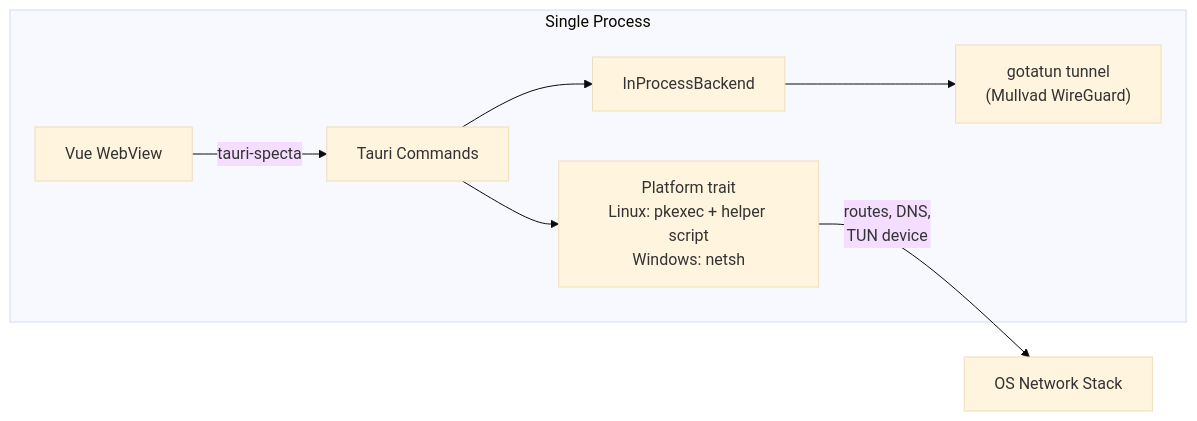
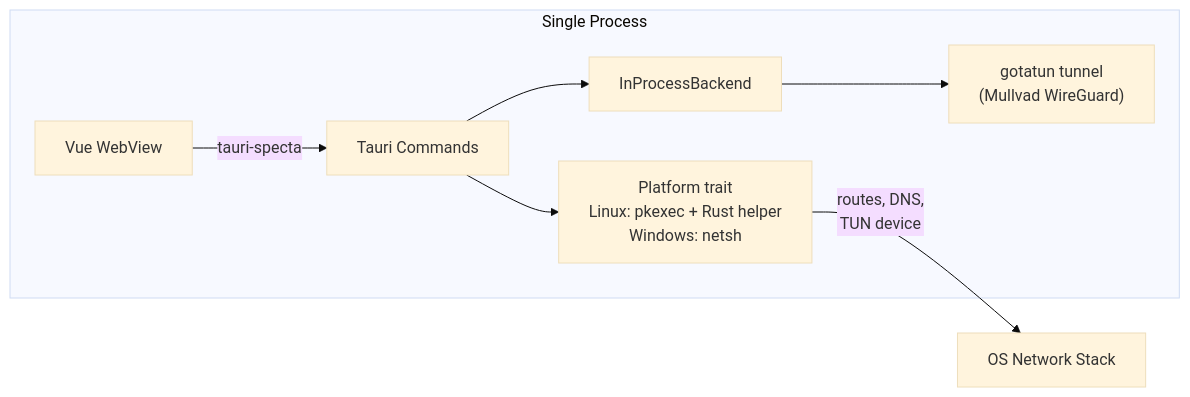
The second of 4 diagrams in README.md (okhsunrog/floppa-vpn), drawn with Mermaid (base theme) before and after one commit. The commit also changed other lines of this file and 38 other files, not shown here.

Commit message:
Replace Linux network helper with durable Rust recovery

````diff
--- a/README.md
+++ b/README.md
@@ -145,16 +145,16 @@
 ```mermaid
 graph LR
     subgraph "Single Process"
         WebView["Vue WebView"]
         Commands["Tauri Commands"]
         Backend["InProcessBackend"]
         Tunnel["gotatun tunnel<br/>(Mullvad WireGuard)"]
-        Platform["Platform trait<br/>Linux: pkexec + helper script<br/>Windows: netsh"]
+        Platform["Platform trait<br/>Linux: pkexec + Rust helper<br/>Windows: netsh"]
     end
 
     WebView -- "tauri-specta" --> Commands
     Commands --> Backend
     Backend --> Tunnel
     Commands --> Platform
     Platform -- "routes, DNS,<br/>TUN device" --> OS["OS Network Stack"]
 ```
````
